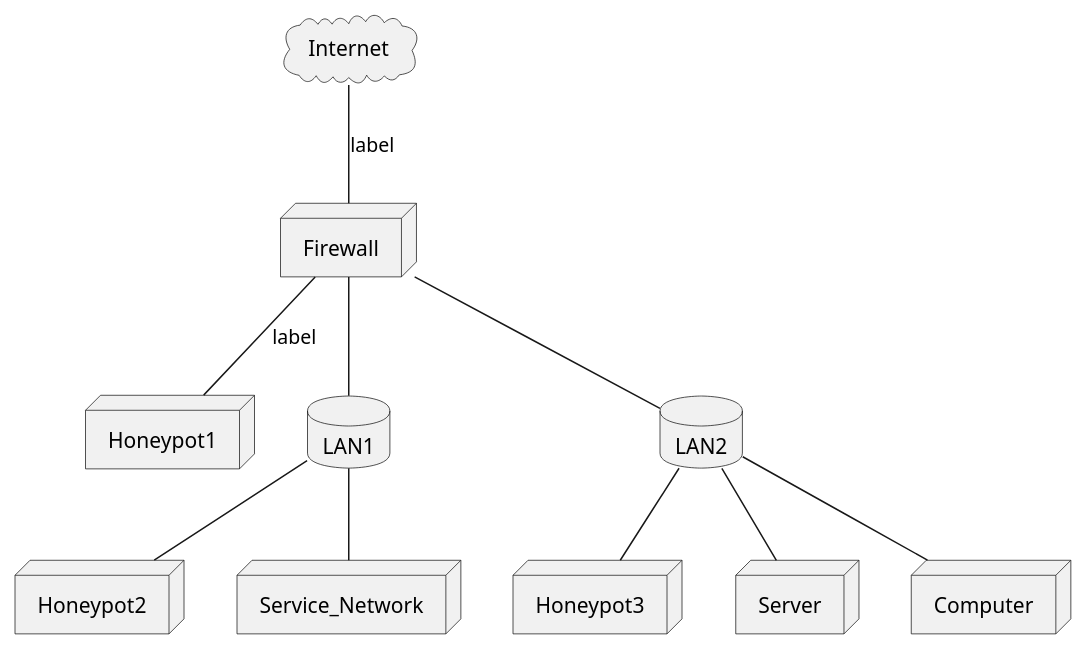
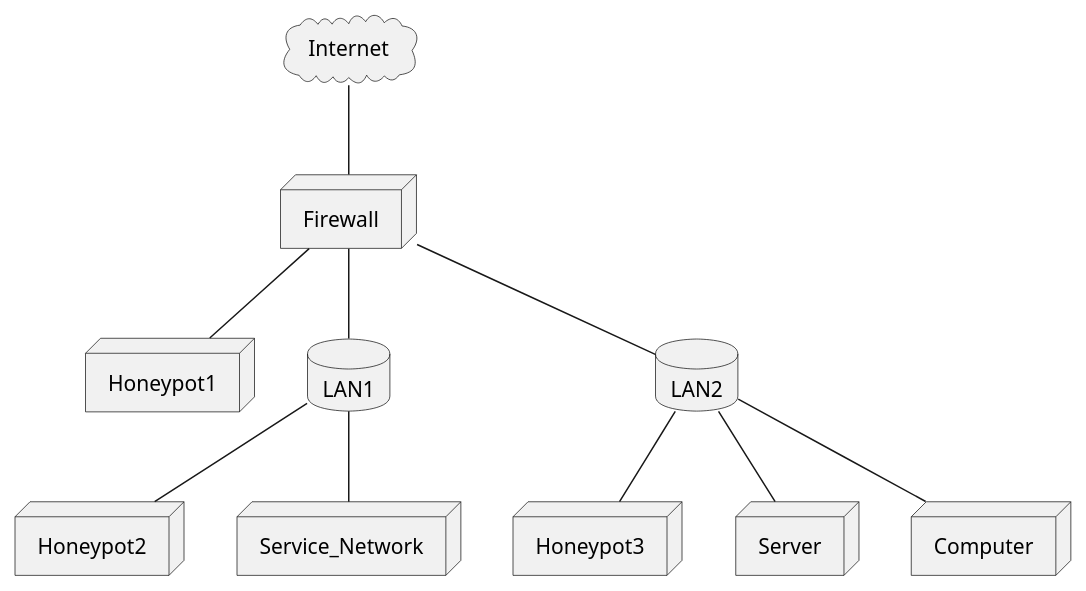
The diagram in architecture-design.md (venksrid001/cowrie), drawn with PlantUML before and after one commit. The commit also changed other lines of this file, not shown here.

Commit message:
Update to section 4.4

````diff
--- a/architecture-design.md
+++ b/architecture-design.md
@@ -109,26 +111,26 @@
 ```plantuml
 @startuml
 
 cloud Internet
 node Firewall
 node Honeypot1
 node Honeypot2
 node Honeypot3
 database LAN1
 database LAN2
 node Service_Network
 node Server
 node Computer
 
-Internet -- Firewall : label
-Firewall -- Honeypot1 : label
+Internet -- Firewall
+Firewall -- Honeypot1
 Firewall -- LAN1
 Firewall -- LAN2
 LAN1 -- Honeypot2
 LAN1 -- Service_Network
 LAN2 -- Server
 LAN2 -- Honeypot3
 LAN2 -- Computer
 
 @enduml
 ```
````
